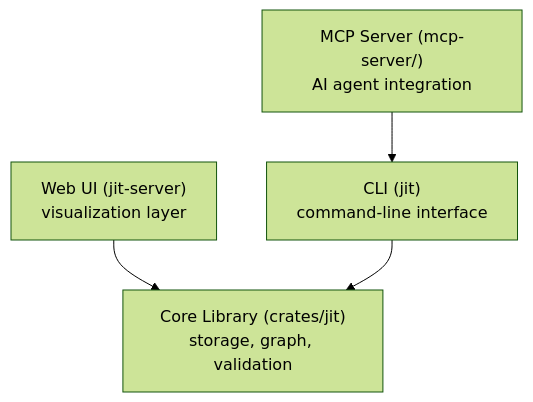
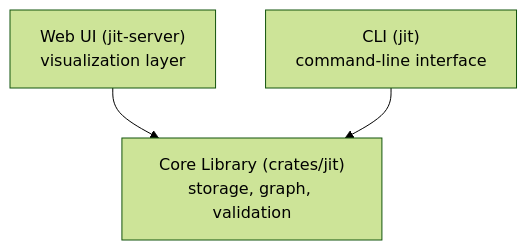
One commit to erankavija/just-in-time changed the first of 2 diagrams in docs/concepts/design-philosophy.md. Above: the diagram before and after it, drawn with Mermaid (forest theme). The commit also changed other lines of this file and 73 other files, not shown here.

````diff
--- a/docs/concepts/design-philosophy.md
+++ b/docs/concepts/design-philosophy.md
@@ -294,6 +292,5 @@
 ```mermaid
 flowchart TD
     W["Web UI (jit-server)<br/>visualization layer"] --> L
-    M["MCP Server (mcp-server/)<br/>AI agent integration"] --> C
     C["CLI (jit)<br/>command-line interface"] --> L["Core Library (crates/jit)<br/>storage, graph, validation"]
 ```
````
